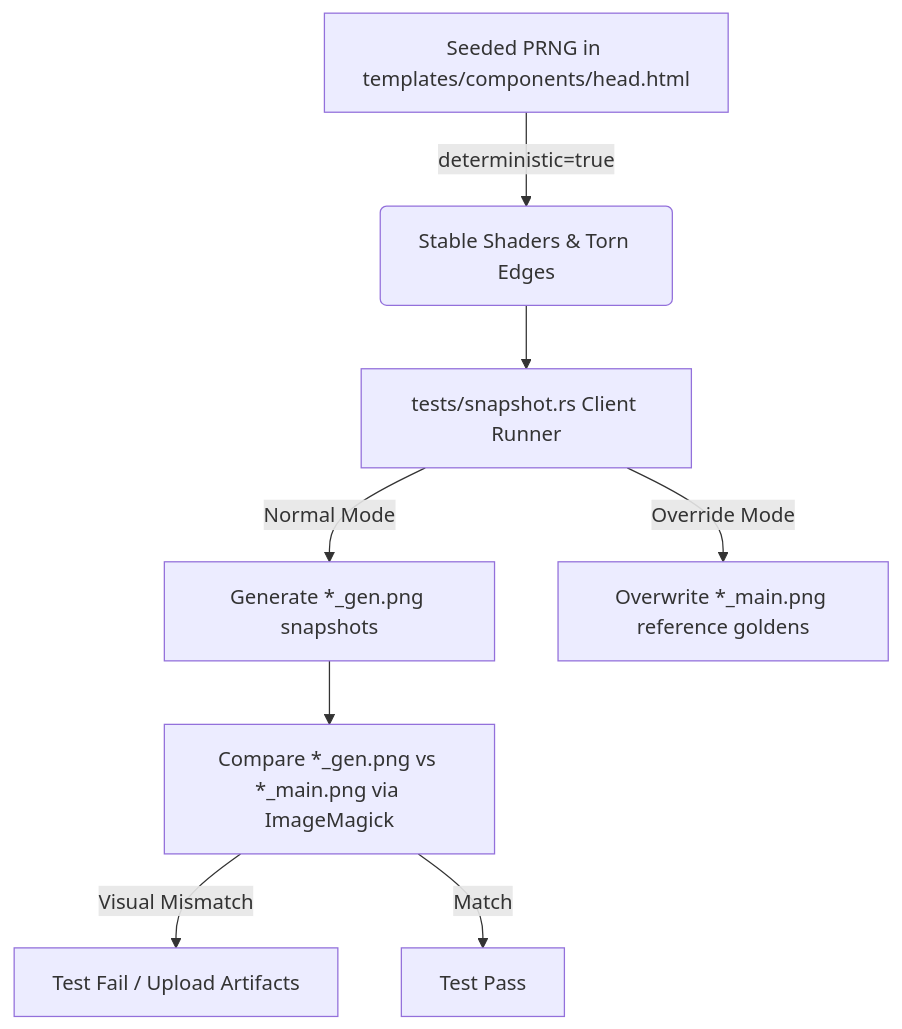
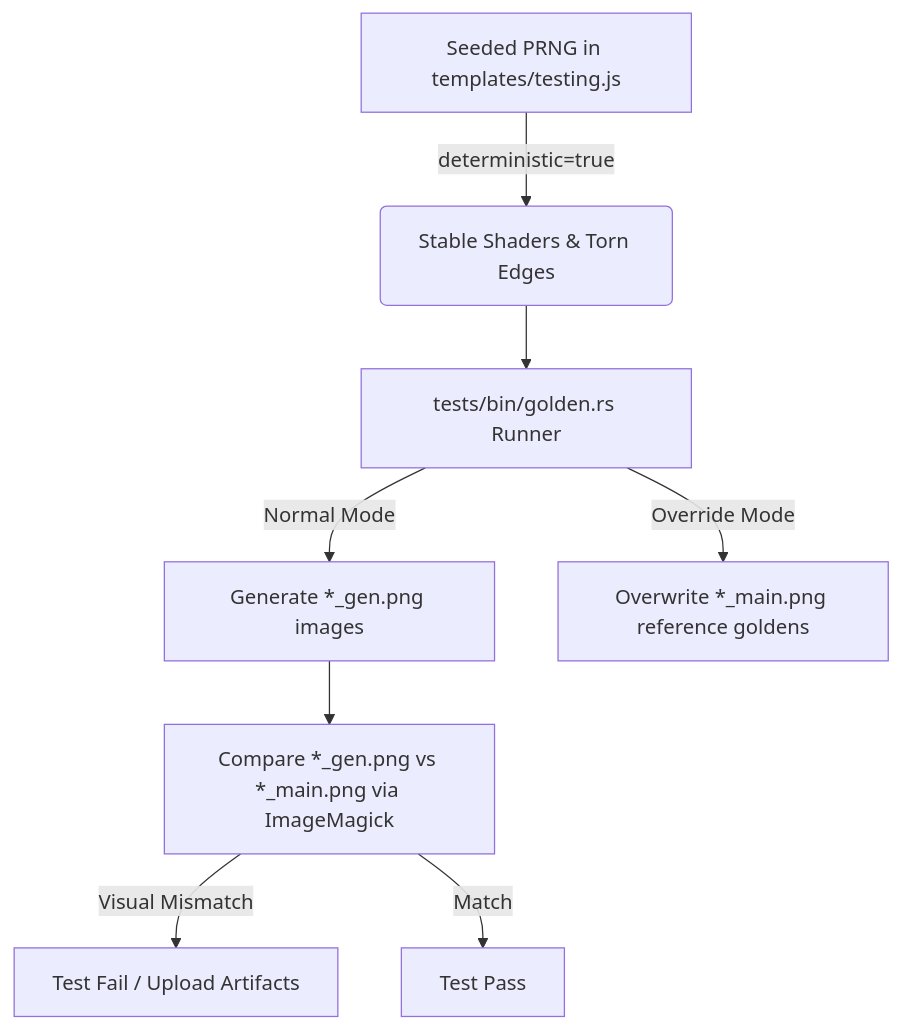
One commit to hyperfluid-tech/corkboard changed the diagram in TESTING.md. Above: the diagram before and after it, drawn with Mermaid. The commit also changed other lines of this file and 5 other files, not shown here.

Commit message:
align visual regression tests / snapshot tests name to golden

````diff
--- a/TESTING.md
+++ b/TESTING.md
@@ -11,10 +11,10 @@
 ```mermaid
 graph TD
-    A[Seeded PRNG in templates/components/head.html] -->|deterministic=true| B(Stable Shaders & Torn Edges)
-    B --> C[tests/snapshot.rs Client Runner]
-    C -->|Normal Mode| D[Generate *_gen.png snapshots]
+    A[Seeded PRNG in templates/testing.js] -->|deterministic=true| B(Stable Shaders & Torn Edges)
+    B --> C[tests/bin/golden.rs Runner]
+    C -->|Normal Mode| D[Generate *_gen.png images]
     C -->|Override Mode| E[Overwrite *_main.png reference goldens]
     D --> F[Compare *_gen.png vs *_main.png via ImageMagick]
     F -->|Visual Mismatch| G[Test Fail / Upload Artifacts]
     F -->|Match| H[Test Pass]
 ```
````
